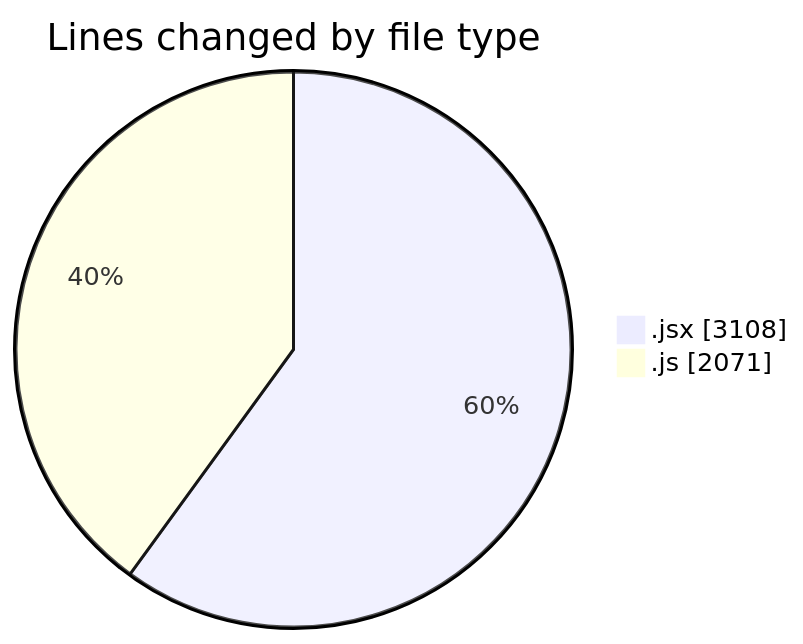
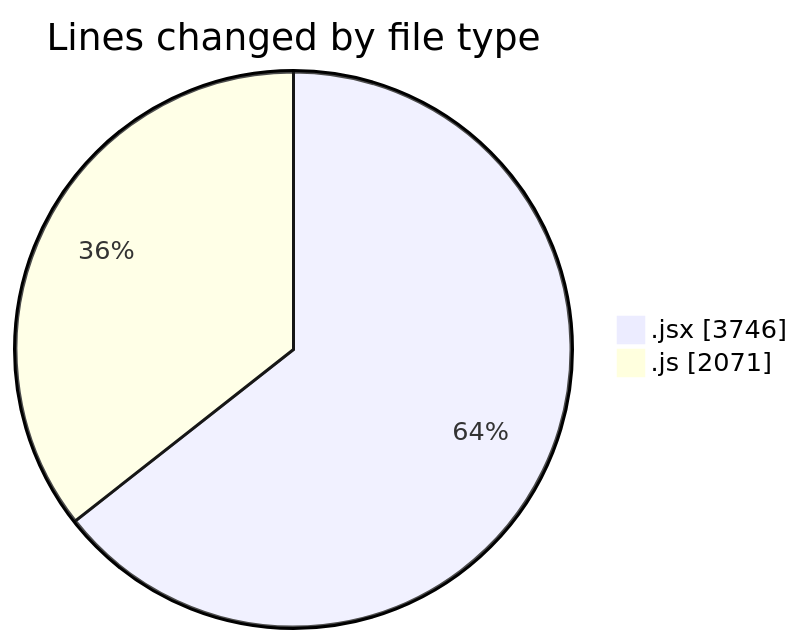
The first of 2 diagrams in 2025-08-04/nxtqube_webapp/README.md (nxtqubesakshisongat/code-tracking), drawn with Mermaid before and after one commit. The commit also changed other lines of this file and 1 other file, not shown here.

````diff
--- a/2025-08-04/nxtqube_webapp/README.md
+++ b/2025-08-04/nxtqube_webapp/README.md
@@ -31,6 +32,6 @@
 ```mermaid
 pie showData
 title Lines changed by file type
-".jsx" : 3108
+".jsx" : 3746
 ".js" : 2071
 ```
````
